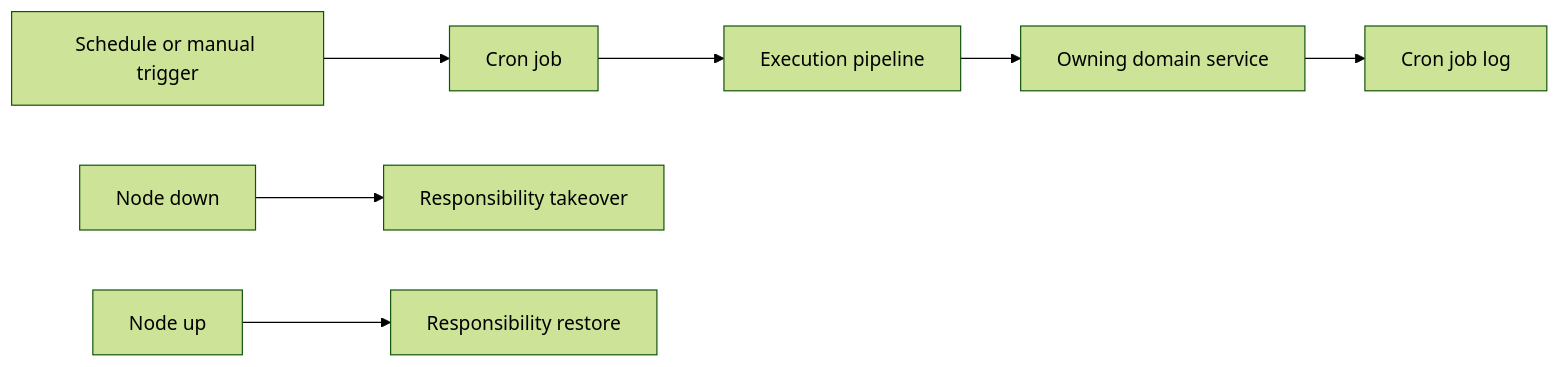
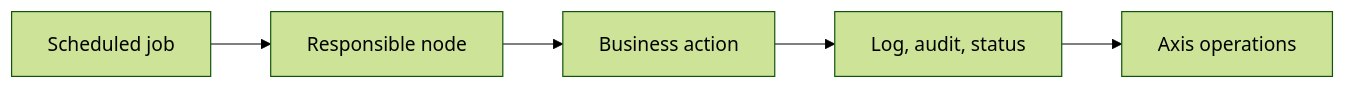
Before and after one commit to Nodics/nodics.ai: the diagram in nodics.docs/docs/pages/nodics.process/cronjob-operations.md, drawn with Mermaid (forest theme). The commit also changed other lines of this file and 92 other files, not shown here.

````diff
--- a/nodics.docs/docs/pages/nodics.process/cronjob-operations.md
+++ b/nodics.docs/docs/pages/nodics.process/cronjob-operations.md
@@ -313,9 +9,7 @@
 ```mermaid
 flowchart LR
-  Schedule["Schedule or manual trigger"] --> CronJob["Cron job"]
-  CronJob --> Pipeline["Execution pipeline"]
-  Pipeline --> Domain["Owning domain service"]
-  Domain --> Log["Cron job log"]
-  NodeDown["Node down"] --> Takeover["Responsibility takeover"]
-  NodeUp["Node up"] --> Restore["Responsibility restore"]
+  Job["Scheduled job"] --> Owner["Responsible node"]
+  Owner --> Execute["Business action"]
+  Execute --> Evidence["Log, audit, status"]
+  Evidence --> Axis["Axis operations"]
 ```
````
